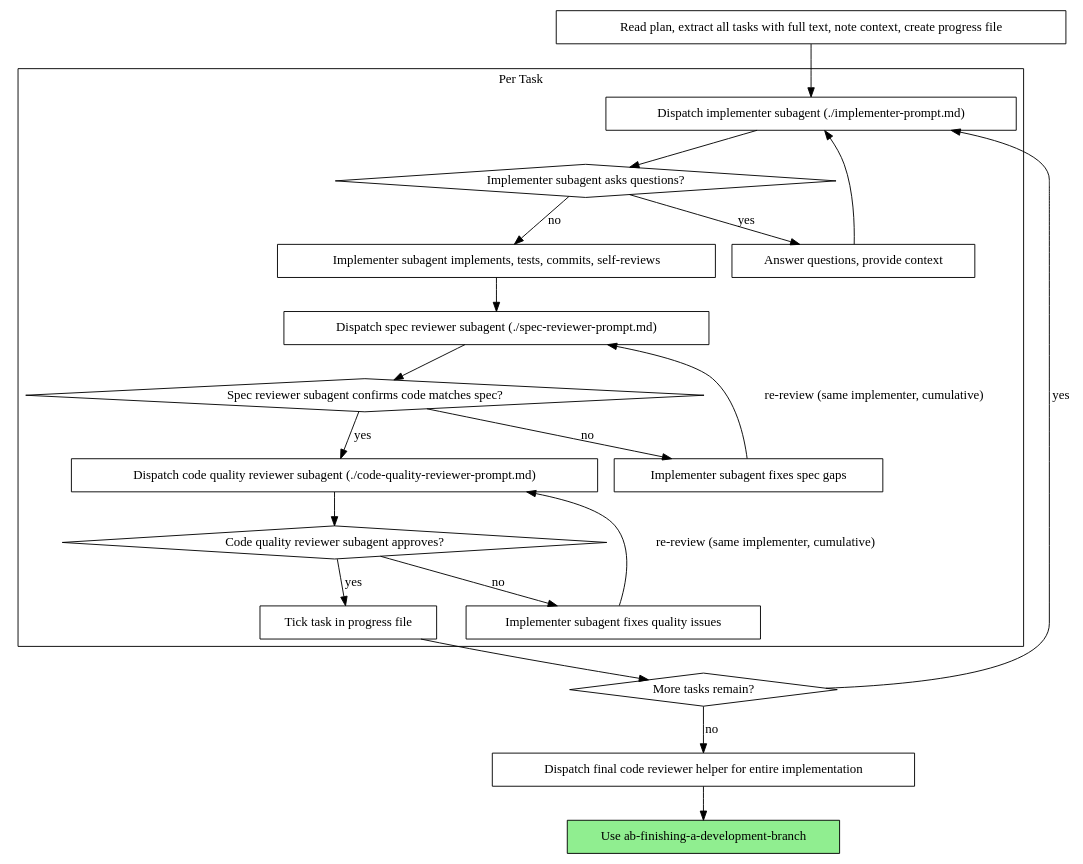
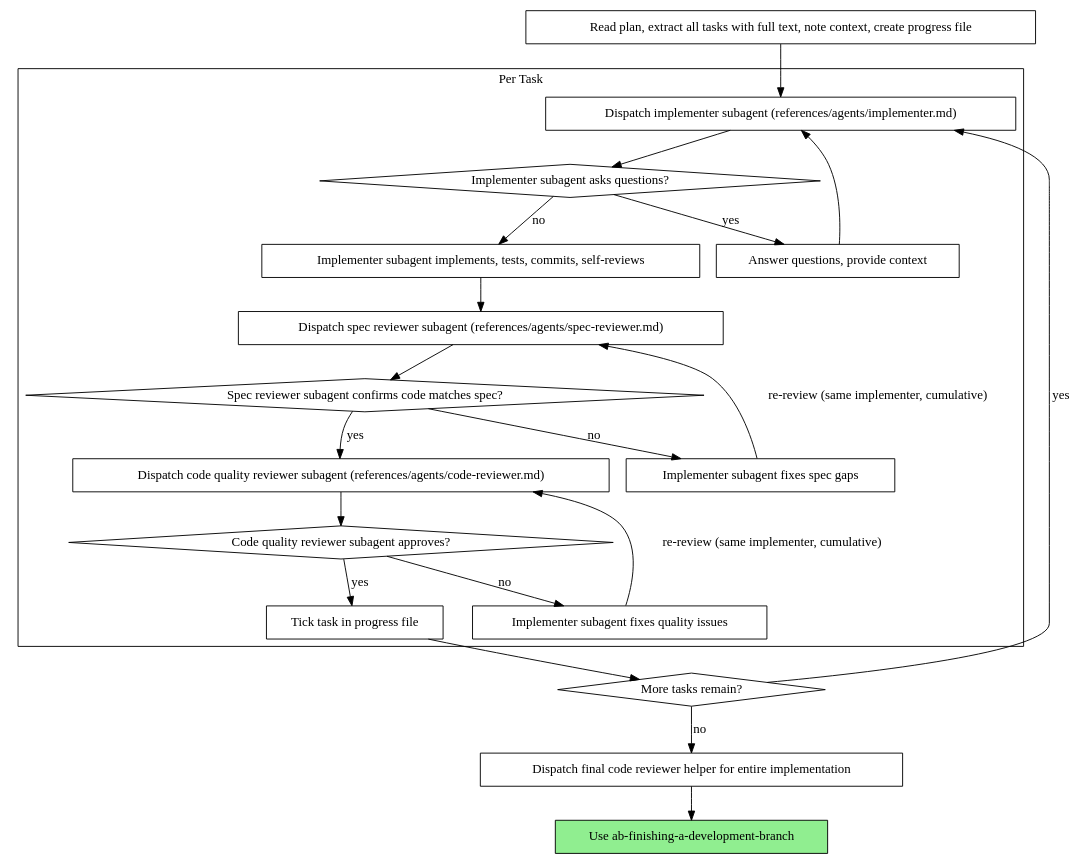
One commit to Ninety2UA/agent-blueprint changed the second of 2 diagrams in skills/ab-subagent-driven-development/references/flowcharts.md. Above: the diagram before and after it, drawn with Graphviz. The commit also changed 48 other files, not shown here.

First line of the commit message:
fix(review): address the phase 2 code review

````diff
--- a/skills/ab-subagent-driven-development/references/flowcharts.md
+++ b/skills/ab-subagent-driven-development/references/flowcharts.md
@@ -27,44 +27,44 @@
 ```dot
 digraph process {
     rankdir=TB;
 
     subgraph cluster_per_task {
         label="Per Task";
-        "Dispatch implementer subagent (./implementer-prompt.md)" [shape=box];
+        "Dispatch implementer subagent (references/agents/implementer.md)" [shape=box];
         "Implementer subagent asks questions?" [shape=diamond];
         "Answer questions, provide context" [shape=box];
         "Implementer subagent implements, tests, commits, self-reviews" [shape=box];
-        "Dispatch spec reviewer subagent (./spec-reviewer-prompt.md)" [shape=box];
+        "Dispatch spec reviewer subagent (references/agents/spec-reviewer.md)" [shape=box];
         "Spec reviewer subagent confirms code matches spec?" [shape=diamond];
         "Implementer subagent fixes spec gaps" [shape=box];
-        "Dispatch code quality reviewer subagent (./code-quality-reviewer-prompt.md)" [shape=box];
+        "Dispatch code quality reviewer subagent (references/agents/code-reviewer.md)" [shape=box];
         "Code quality reviewer subagent approves?" [shape=diamond];
         "Implementer subagent fixes quality issues" [shape=box];
         "Tick task in progress file" [shape=box];
     }
 
     "Read plan, extract all tasks with full text, note context, create progress file" [shape=box];
     "More tasks remain?" [shape=diamond];
     "Dispatch final code reviewer helper for entire implementation" [shape=box];
     "Use ab-finishing-a-development-branch" [shape=box style=filled fillcolor=lightgreen];
 
-    "Read plan, extract all tasks with full text, note context, create progress file" -> "Dispatch implementer subagent (./implementer-prompt.md)";
-    "Dispatch implementer subagent (./implementer-prompt.md)" -> "Implementer subagent asks questions?";
+    "Read plan, extract all tasks with full text, note context, create progress file" -> "Dispatch implementer subagent (references/agents/implementer.md)";
+    "Dispatch implementer subagent (references/agents/implementer.md)" -> "Implementer subagent asks questions?";
     "Implementer subagent asks questions?" -> "Answer questions, provide context" [label="yes"];
-    "Answer questions, provide context" -> "Dispatch implementer subagent (./implementer-prompt.md)";
+    "Answer questions, provide context" -> "Dispatch implementer subagent (references/agents/implementer.md)";
     "Implementer subagent asks questions?" -> "Implementer subagent implements, tests, commits, self-reviews" [label="no"];
-    "Implementer subagent implements, tests, commits, self-reviews" -> "Dispatch spec reviewer subagent (./spec-reviewer-prompt.md)";
-    "Dispatch spec reviewer subagent (./spec-reviewer-prompt.md)" -> "Spec reviewer subagent confirms code matches spec?";
+    "Implementer subagent implements, tests, commits, self-reviews" -> "Dispatch spec reviewer subagent (references/agents/spec-reviewer.md)";
+    "Dispatch spec reviewer subagent (references/agents/spec-reviewer.md)" -> "Spec reviewer subagent confirms code matches spec?";
     "Spec reviewer subagent confirms code matches spec?" -> "Implementer subagent fixes spec gaps" [label="no"];
-    "Implementer subagent fixes spec gaps" -> "Dispatch spec reviewer subagent (./spec-reviewer-prompt.md)" [label="re-review (same implementer, cumulative)"];
-    "Spec reviewer subagent confirms code matches spec?" -> "Dispatch code quality reviewer subagent (./code-quality-reviewer-prompt.md)" [label="yes"];
-    "Dispatch code quality reviewer subagent (./code-quality-reviewer-prompt.md)" -> "Code quality reviewer subagent approves?";
+    "Implementer subagent fixes spec gaps" -> "Dispatch spec reviewer subagent (references/agents/spec-reviewer.md)" [label="re-review (same implementer, cumulative)"];
+    "Spec reviewer subagent confirms code matches spec?" -> "Dispatch code quality reviewer subagent (references/agents/code-reviewer.md)" [label="yes"];
+    "Dispatch code quality reviewer subagent (references/agents/code-reviewer.md)" -> "Code quality reviewer subagent approves?";
     "Code quality reviewer subagent approves?" -> "Implementer subagent fixes quality issues" [label="no"];
-    "Implementer subagent fixes quality issues" -> "Dispatch code quality reviewer subagent (./code-quality-reviewer-prompt.md)" [label="re-review (same implementer, cumulative)"];
+    "Implementer subagent fixes quality issues" -> "Dispatch code quality reviewer subagent (references/agents/code-reviewer.md)" [label="re-review (same implementer, cumulative)"];
     "Code quality reviewer subagent approves?" -> "Tick task in progress file" [label="yes"];
     "Tick task in progress file" -> "More tasks remain?";
-    "More tasks remain?" -> "Dispatch implementer subagent (./implementer-prompt.md)" [label="yes"];
+    "More tasks remain?" -> "Dispatch implementer subagent (references/agents/implementer.md)" [label="yes"];
     "More tasks remain?" -> "Dispatch final code reviewer helper for entire implementation" [label="no"];
     "Dispatch final code reviewer helper for entire implementation" -> "Use ab-finishing-a-development-branch";
 }
 ```
````
